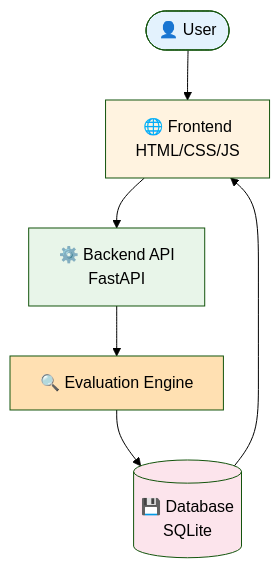
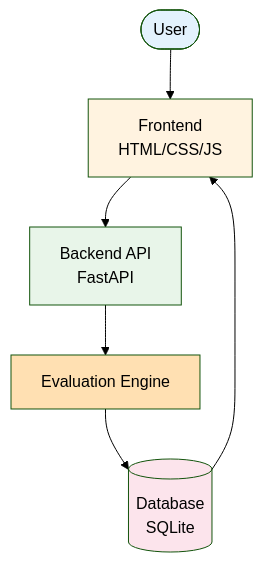
One commit to anudra/pii-benchmark-framework changed the first of 7 diagrams in architecture.md. Above: the diagram before and after it, drawn with Mermaid (forest theme). The commit also changed other lines of this file and 20 other files, not shown here.

````diff
--- a/architecture.md
+++ b/architecture.md
@@ -13,14 +13,14 @@
 ```mermaid
 graph TB
-    User([👤 User]) --> Frontend[🌐 Frontend<br/>HTML/CSS/JS]
-    Frontend --> API[⚙️ Backend API<br/>FastAPI]
-    API --> Engine[🔍 Evaluation Engine]
-    Engine --> DB[(💾 Database<br/>SQLite)]
+    User([User]) --> Frontend[Frontend<br/>HTML/CSS/JS]
+    Frontend --> API[Backend API<br/>FastAPI]
+    API --> Engine[Evaluation Engine]
+    Engine --> DB[(Database<br/>SQLite)]
     DB --> Frontend
     
     style User fill:#e3f2fd
     style Frontend fill:#fff3e0
     style API fill:#e8f5e9
     style Engine fill:#ffe0b2
     style DB fill:#fce4ec
 ```
````
